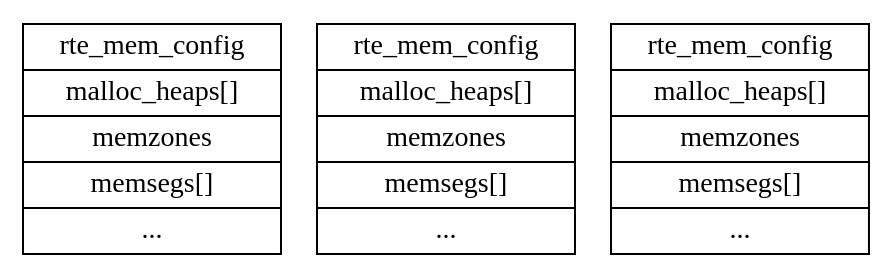
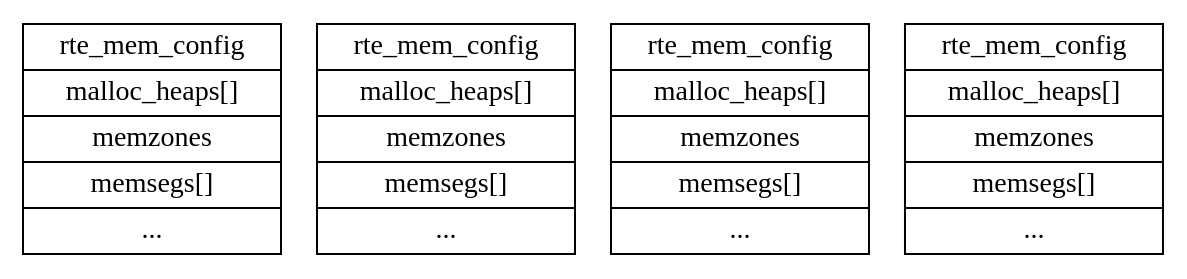
One commit to sisyphus1212/note changed the diagram in dpdk/内存管理.md. Above: the diagram before and after it, drawn with Graphviz.

Commit message:
auto_update

````diff
--- a/dpdk/内存管理.md
+++ b/dpdk/内存管理.md
@@ -16,34 +16,44 @@
 ```graphviz
 digraph {
 	rte_mem_config[
 		label = "{
 		rte_mem_config|
         malloc_heaps[]|
 		memzones|
 		memsegs[]|
 		...
 		}",
 		shape = "record"
 	];
 	rte_fbarray[
 		label = "{
 		rte_mem_config|
         malloc_heaps[]|
 		memzones|
 		memsegs[]|
 		...
 		}",
 		shape = "record"
 	];
 	rte_memseg_list[
 		label = "{
 		rte_mem_config|
         malloc_heaps[]|
 		memzones|
 		memsegs[]|
 		...
 		}",
 		shape = "record"
 	];
+	malloc_heap[
+		label = "{
+		rte_mem_config|
+        malloc_heaps[]|
+		memzones|
+		memsegs[]|
+		...
+		}",
+		shape = "record"
+	];
 }
 ```
````
